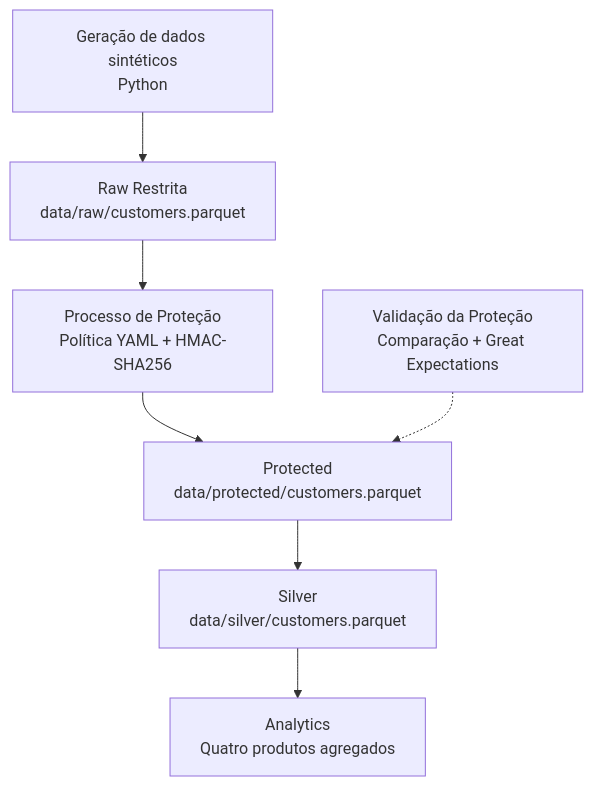
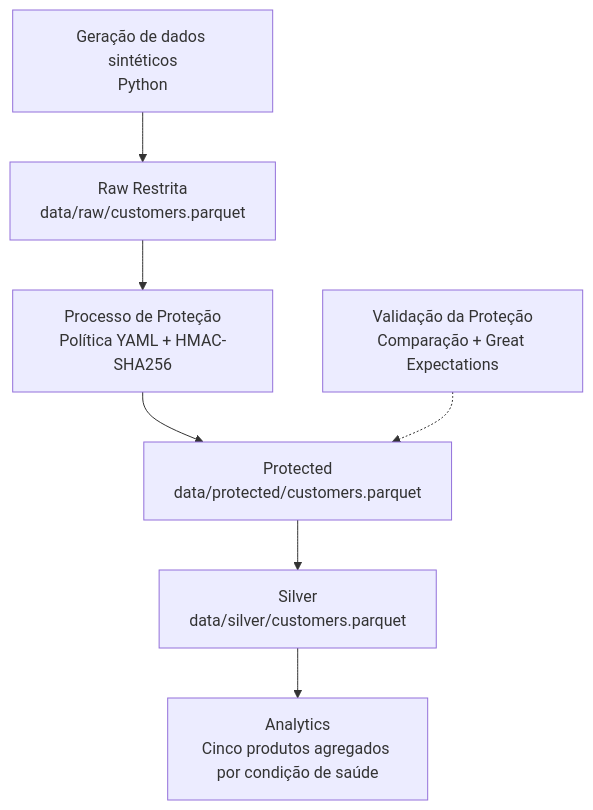
Before and after one commit to milenoepifanio/lgpd-data-protection-pipeline: the diagram in docs/architecture.md, drawn with Mermaid. The commit also changed other lines of this file and 20 other files, not shown here.

````diff
--- a/docs/architecture.md
+++ b/docs/architecture.md
@@ -59,14 +59,14 @@
 ```mermaid
 flowchart TD
     A["Geração de dados sintéticos<br/>Python"] --> B["Raw Restrita<br/>data/raw/customers.parquet"]
 
     B --> C["Processo de Proteção<br/>Política YAML + HMAC-SHA256"]
 
     C --> D["Protected<br/>data/protected/customers.parquet"]
 
     D --> E["Silver<br/>data/silver/customers.parquet"]
 
-    E --> F["Analytics<br/>Quatro produtos agregados"]
+    E --> F["Analytics<br/>Cinco produtos agregados por condição de saúde"]
 
     G["Validação da Proteção<br/>Comparação + Great Expectations"] -.-> D
 ```
````
